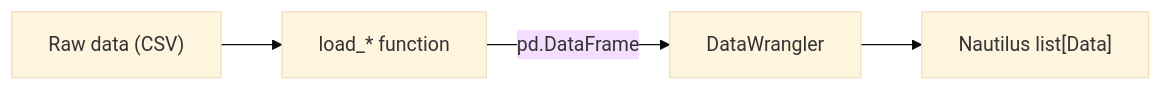
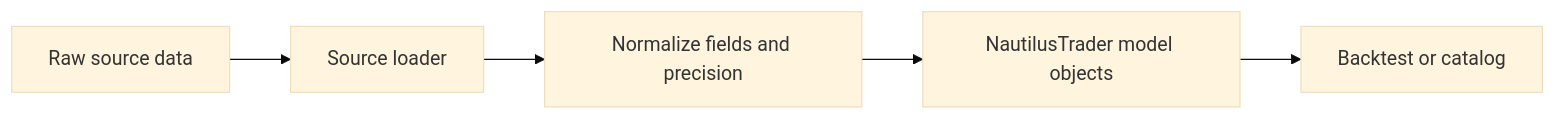
One commit to nautechsystems/nautilus_trader changed the diagram in docs/concepts/data/index.md. Above: the diagram before and after it, drawn with Mermaid (base theme). The commit also changed other lines of this file, not shown here.

First line of the commit message:
Refine data concept guide

````diff
--- a/docs/concepts/data/index.md
+++ b/docs/concepts/data/index.md
@@ -557,11 +555,13 @@
 ```mermaid
 flowchart LR
-    raw["Raw data (CSV)"]
-    loader[load_* function]
-    wrangler[DataWrangler]
-    output["Nautilus list[Data]"]
+    raw["Raw source data"]
+    loader["Source loader"]
+    normalize["Normalize fields and precision"]
+    model["NautilusTrader model objects"]
+    consumer["Backtest or catalog"]
 
     raw --> loader
-    loader -->|"pd.DataFrame"| wrangler
-    wrangler --> output
+    loader --> normalize
+    normalize --> model
+    model --> consumer
 ```
````
